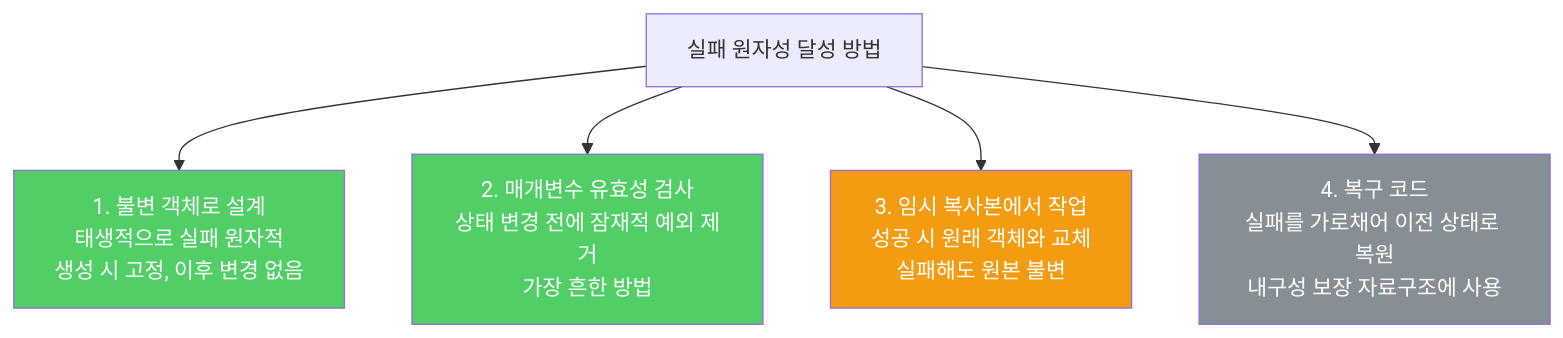
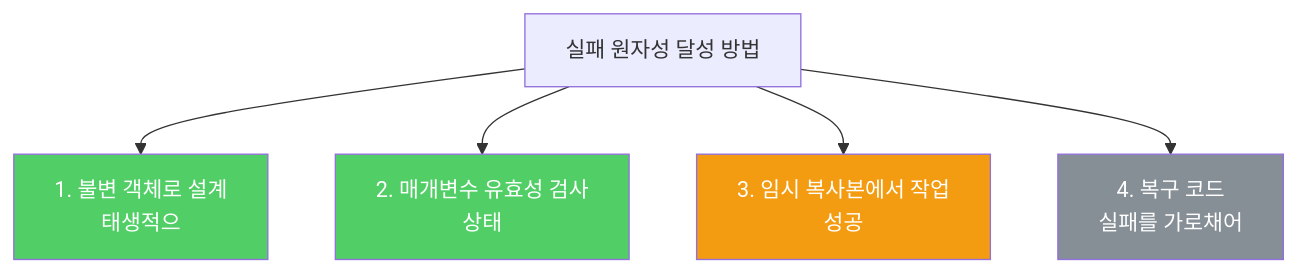
Before and after one commit to yjkim2015/yjkim2015.github.io: the diagram in _posts/java/2022-02-21-effective-java76.md, drawn with Mermaid. The commit also changed 271 other files, not shown here.

First line of the commit message:
Mermaid 라벨 축소: 긴 노드 텍스트 18자 이하로 트림 + \n 제거

````diff
--- a/_posts/java/2022-02-21-effective-java76.md
+++ b/_posts/java/2022-02-21-effective-java76.md
@@ -44,11 +44,11 @@
 ```mermaid
 graph TD
-    A["실패 원자성 달성 방법"] --> B["1. 불변 객체로 설계\n태생적으로 실패 원자적\n생성 시 고정, 이후 변경 없음"]
-    A --> C["2. 매개변수 유효성 검사\n상태 변경 전에 잠재적 예외 제거\n가장 흔한 방법"]
-    A --> D["3. 임시 복사본에서 작업\n성공 시 원래 객체와 교체\n실패해도 원본 불변"]
-    A --> E["4. 복구 코드\n실패를 가로채어 이전 상태로 복원\n내구성 보장 자료구조에 사용"]
+    A["실패 원자성 달성 방법"] --> B["1. 불변 객체로 설계\n태생적으"]
+    A --> C["2. 매개변수 유효성 검사\n상태"]
+    A --> D["3. 임시 복사본에서 작업\n성공"]
+    A --> E["4. 복구 코드\n실패를 가로채어"]
     style B fill:#51cf66,color:#fff
     style C fill:#51cf66,color:#fff
     style D fill:#f39c12,color:#fff
     style E fill:#868e96,color:#fff
 ```
````
